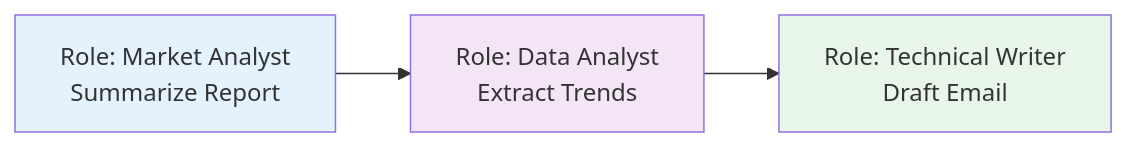
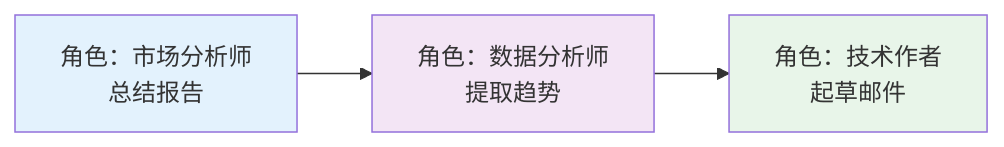
One commit to YiWang24/AiDIY changed diagram 14 of 20 in i18n/zh-Hans/docusaurus-plugin-content-docs/current/ai/agents/design-patterns.mdx. Above: the diagram before and after it, drawn with Mermaid. The commit also changed other lines of this file and 59 other files, not shown here.

````diff
--- a/i18n/zh-Hans/docusaurus-plugin-content-docs/current/ai/agents/design-patterns.mdx
+++ b/i18n/zh-Hans/docusaurus-plugin-content-docs/current/ai/agents/design-patterns.mdx
@@ -592,10 +588,10 @@
 ```mermaid
 flowchart LR
-    P1[Role: Market Analyst<br/>Summarize Report] -->
-    P2[Role: Data Analyst<br/>Extract Trends] -->
-    P3[Role: Technical Writer<br/>Draft Email]
+    P1[角色：市场分析师<br/>总结报告] -->
+    P2[角色：数据分析师<br/>提取趋势] -->
+    P3[角色：技术作者<br/>起草邮件]
 
     style P1 fill:#e3f2fd
     style P2 fill:#f3e5f5
     style P3 fill:#e8f5e9
 ```
````
